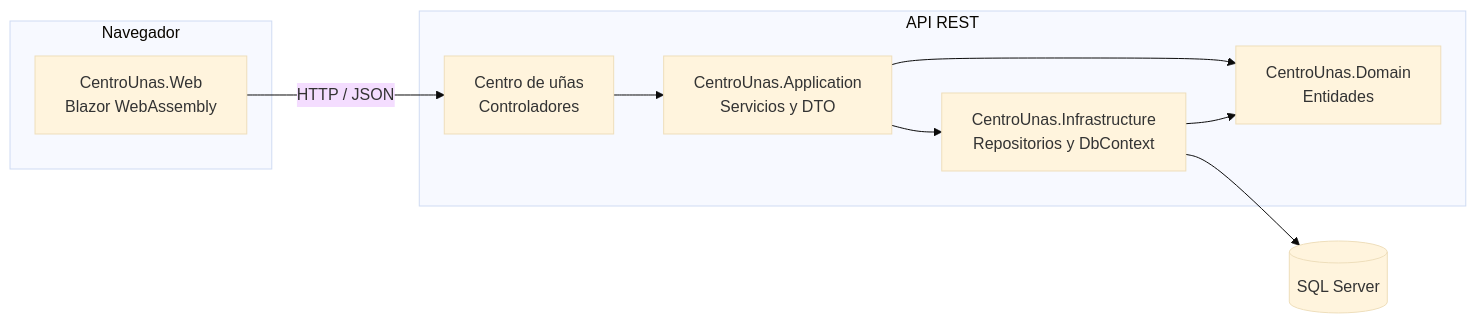
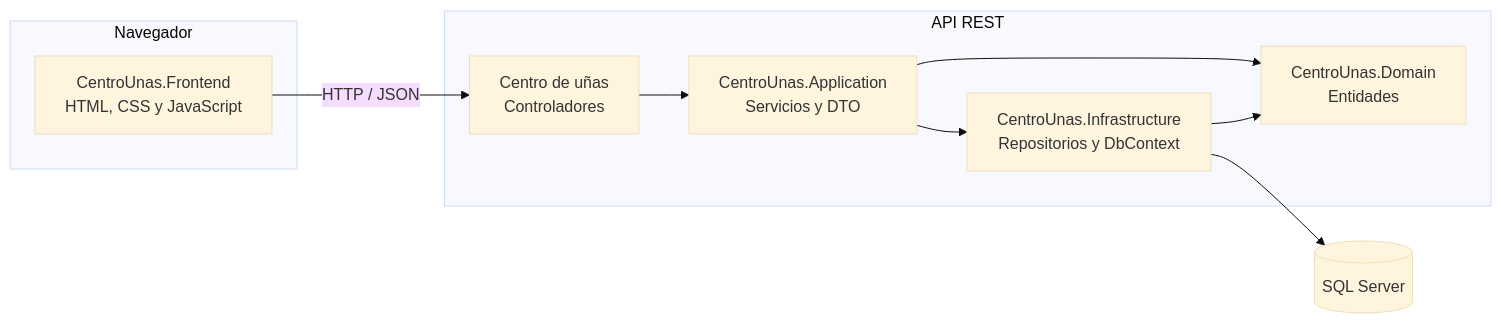
The first of 3 diagrams in README.md (Raquelsoriano02/Centro-de-U-as), drawn with Mermaid (base theme) before and after one commit. The commit also changed other lines of this file and 101 other files, not shown here.

First line of the commit message:
Cambia el frontend a JavaScript puro

````diff
--- a/README.md
+++ b/README.md
@@ -38,20 +38,20 @@
 ```mermaid
 flowchart LR
     subgraph Cliente["Navegador"]
-        Web["CentroUnas.Web<br/>Blazor WebAssembly"]
+        Web["CentroUnas.Frontend<br/>HTML, CSS y JavaScript"]
     end
     subgraph Servidor["API REST"]
         Api["Centro de uñas<br/>Controladores"]
         App["CentroUnas.Application<br/>Servicios y DTO"]
         Infra["CentroUnas.Infrastructure<br/>Repositorios y DbContext"]
         Dom["CentroUnas.Domain<br/>Entidades"]
     end
     DB[("SQL Server")]
 
     Web -- "HTTP / JSON" --> Api
     Api --> App
     App --> Infra
     Infra --> Dom
     App --> Dom
     Infra --> DB
 ```
````
